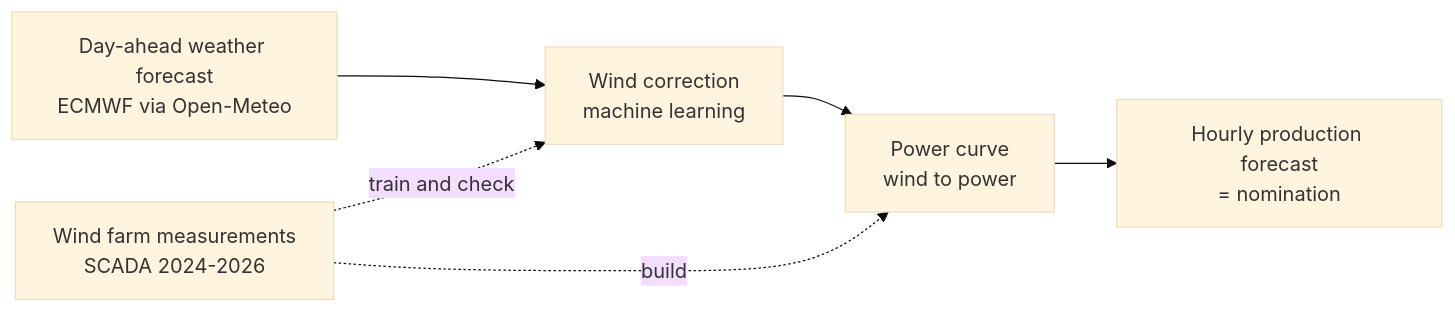
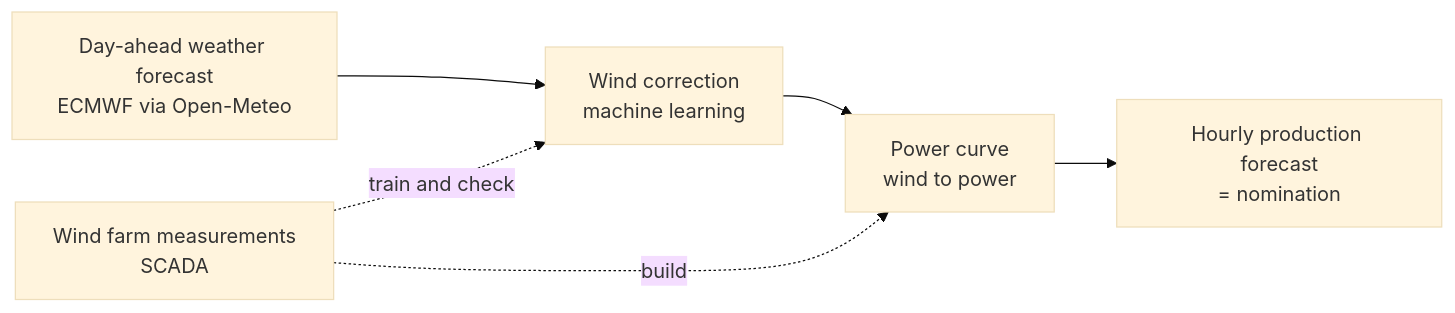
One commit to zece05/CAPSTONE changed the diagram in README.md. Above: the diagram before and after it, drawn with Mermaid (base theme).

Commit message:
Update flowchart in README.md
Updated wind farm measurements reference in flowchart.

````diff
--- a/README.md
+++ b/README.md
@@ -27,8 +27,8 @@
 ```mermaid
 flowchart LR
     A["Day-ahead weather forecast<br/>ECMWF via Open-Meteo"] --> B["Wind correction<br/>machine learning"]
     B --> C["Power curve<br/>wind to power"]
     C --> D["Hourly production forecast<br/>= nomination"]
-    E["Wind farm measurements<br/>SCADA 2024-2026"] -. train and check .-> B
+    E["Wind farm measurements<br/>SCADA"] -. train and check .-> B
     E -. build .-> C
 ```
````
